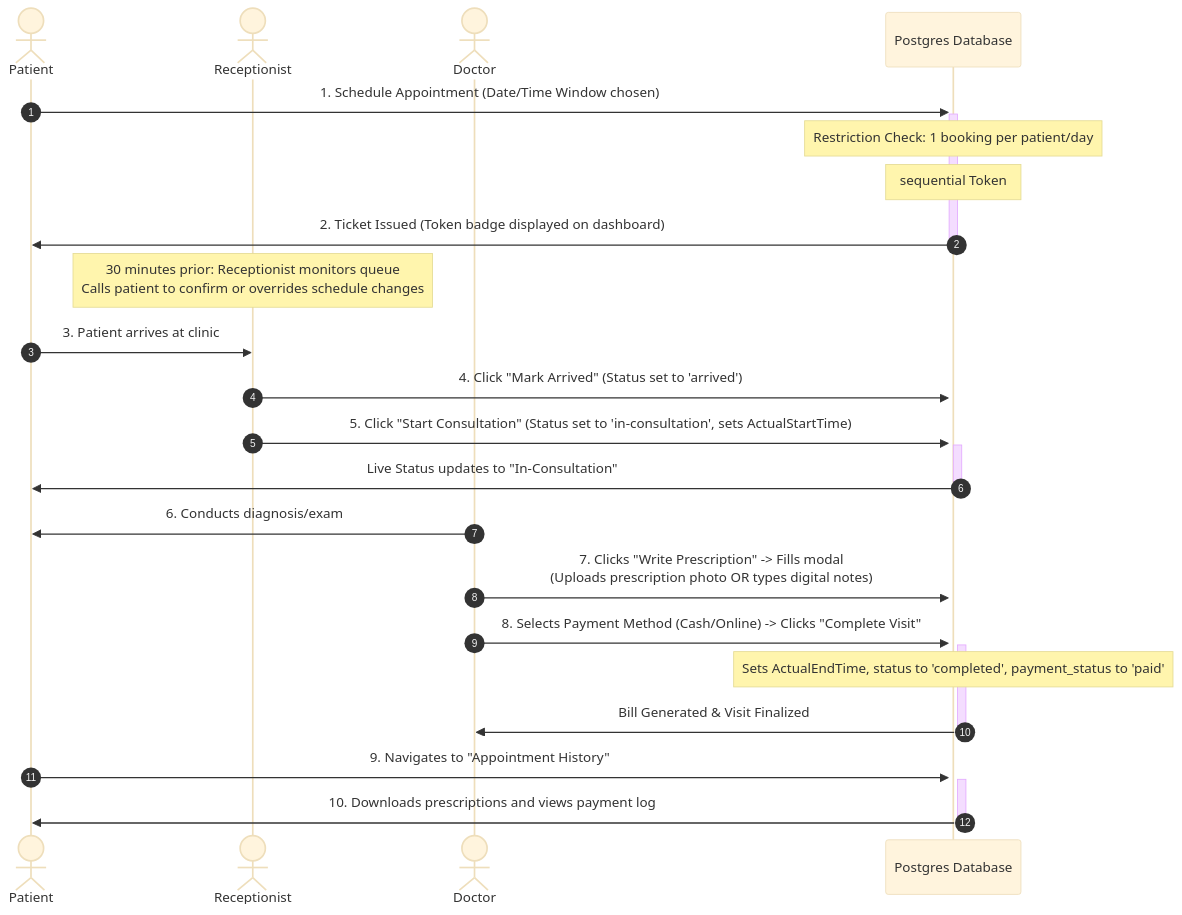
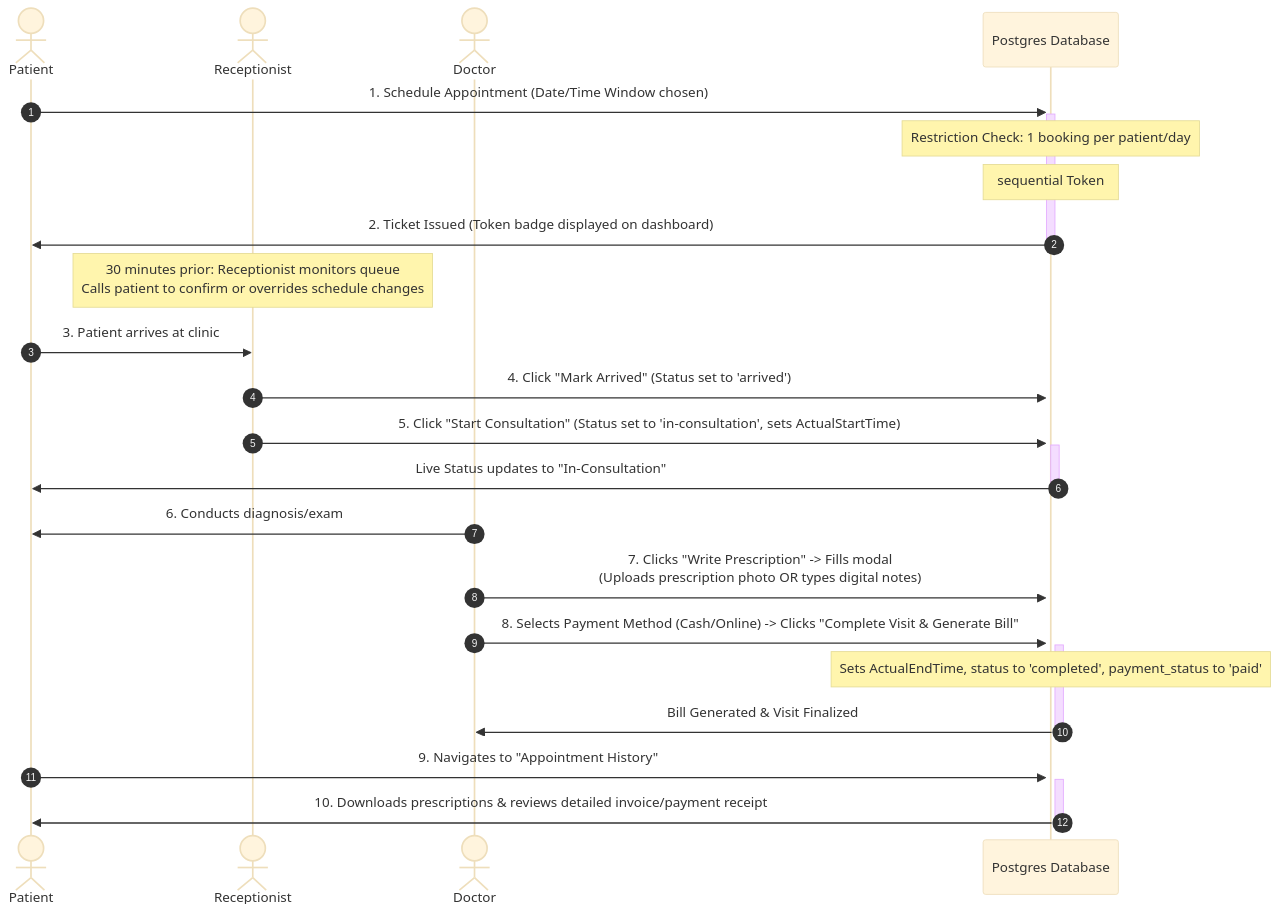
Before and after one commit to LuciferVedant/ThakurDentalClinic: the diagram in docs/ui_workflow_documentation.md, drawn with Mermaid (base theme). The commit also changed other lines of this file and 2 other files, not shown here.

````diff
--- a/docs/ui_workflow_documentation.md
+++ b/docs/ui_workflow_documentation.md
@@ -41,34 +41,34 @@
 ```mermaid
 sequenceDiagram
     autonumber
     actor Patient
     actor Receptionist
     actor Doctor
     participant DB as Postgres Database
 
     %% Booking Phase
     Patient->>+DB: 1. Schedule Appointment (Date/Time Window chosen)
     Note over DB: Restriction Check: 1 booking per patient/day
     Note over DB: sequential Token # & Rough Estimated Time (+35m per token) calculated
     DB->>-Patient: 2. Ticket Issued (Token badge displayed on dashboard)
 
     %% Pre-Arrival & Adjustment Phase
     Note over Receptionist: 30 minutes prior: Receptionist monitors queue<br/>Calls patient to confirm or overrides schedule changes
 
     %% Check-In Phase
     Patient->>Receptionist: 3. Patient arrives at clinic
     Receptionist->>+DB: 4. Click "Mark Arrived" (Status set to 'arrived')
     Receptionist->>+DB: 5. Click "Start Consultation" (Status set to 'in-consultation', sets ActualStartTime)
     DB->>-Patient: Live Status updates to "In-Consultation"
 
     %% Consultation & Completion Phase
     Doctor->>Patient: 6. Conducts diagnosis/exam
     Doctor->>+DB: 7. Clicks "Write Prescription" -> Fills modal<br/>(Uploads prescription photo OR types digital notes)
-    Doctor->>+DB: 8. Selects Payment Method (Cash/Online) -> Clicks "Complete Visit"
+    Doctor->>+DB: 8. Selects Payment Method (Cash/Online) -> Clicks "Complete Visit & Generate Bill"
     Note over DB: Sets ActualEndTime, status to 'completed', payment_status to 'paid'
     DB->>-Doctor: Bill Generated & Visit Finalized
     
     %% Post-Visit History
     Patient->>+DB: 9. Navigates to "Appointment History"
-    DB->>-Patient: 10. Downloads prescriptions and views payment log
+    DB->>-Patient: 10. Downloads prescriptions & reviews detailed invoice/payment receipt
 ```
````
